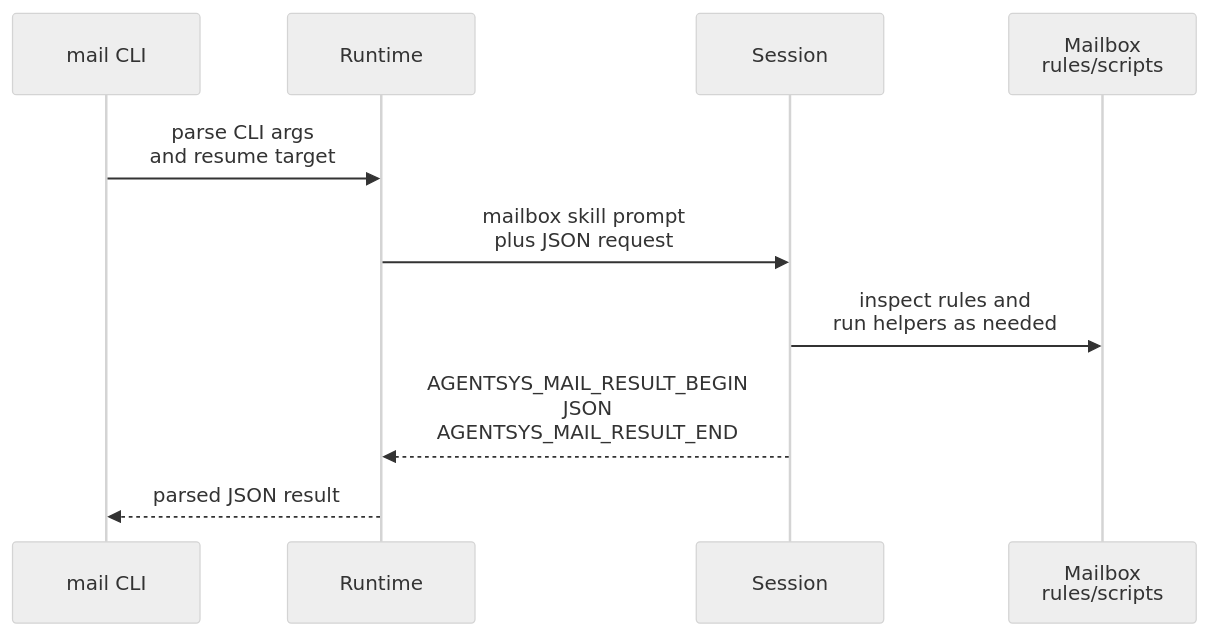
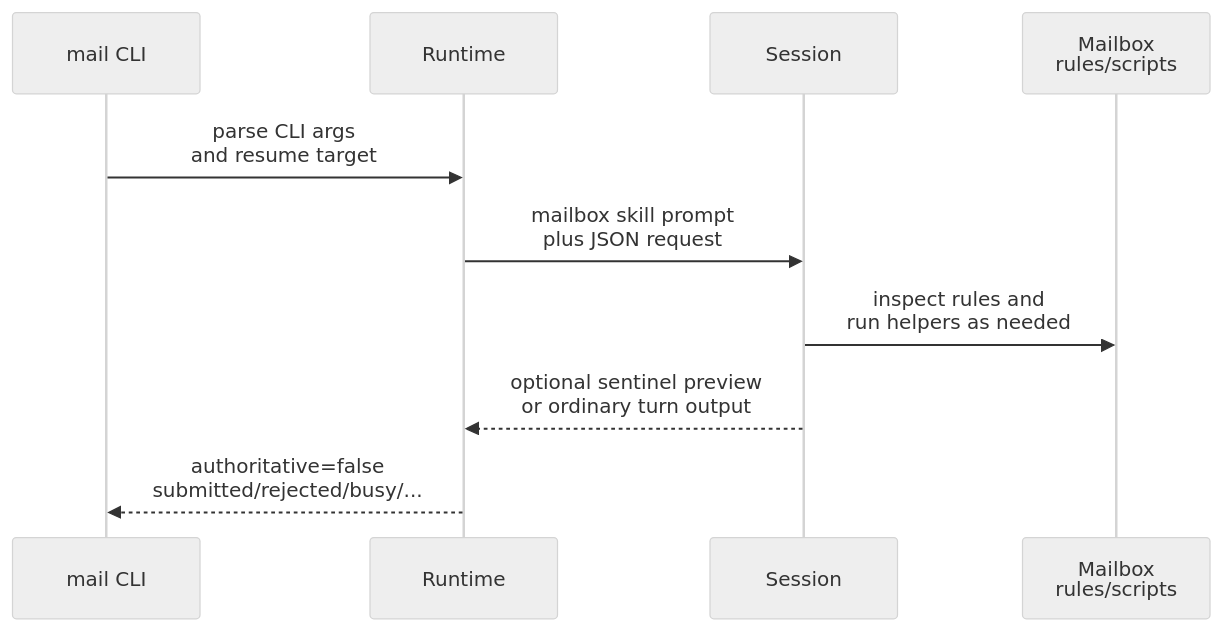
Before and after one commit to igamenovoer/houmao: the diagram in docs/reference/mailbox/contracts/runtime-contracts.md, drawn with Mermaid (neutral theme). The commit also changed other lines of this file and 12 other files, not shown here.

Commit message:
feat: make tui mail submission non-authoritative

````diff
--- a/docs/reference/mailbox/contracts/runtime-contracts.md
+++ b/docs/reference/mailbox/contracts/runtime-contracts.md
@@ -169,12 +171,12 @@
 ```mermaid
 sequenceDiagram
     participant CLI as mail CLI
     participant RT as Runtime
     participant Ses as Session
     participant FS as Mailbox<br/>rules/scripts
     CLI->>RT: parse CLI args<br/>and resume target
     RT->>Ses: mailbox skill prompt<br/>plus JSON request
     Ses->>FS: inspect rules and<br/>run helpers as needed
-    Ses-->>RT: AGENTSYS_MAIL_RESULT_BEGIN<br/>JSON<br/>AGENTSYS_MAIL_RESULT_END
-    RT-->>CLI: parsed JSON result
+    Ses-->>RT: optional sentinel preview<br/>or ordinary turn output
+    RT-->>CLI: authoritative=false<br/>submitted/rejected/busy/...
 ```
````
